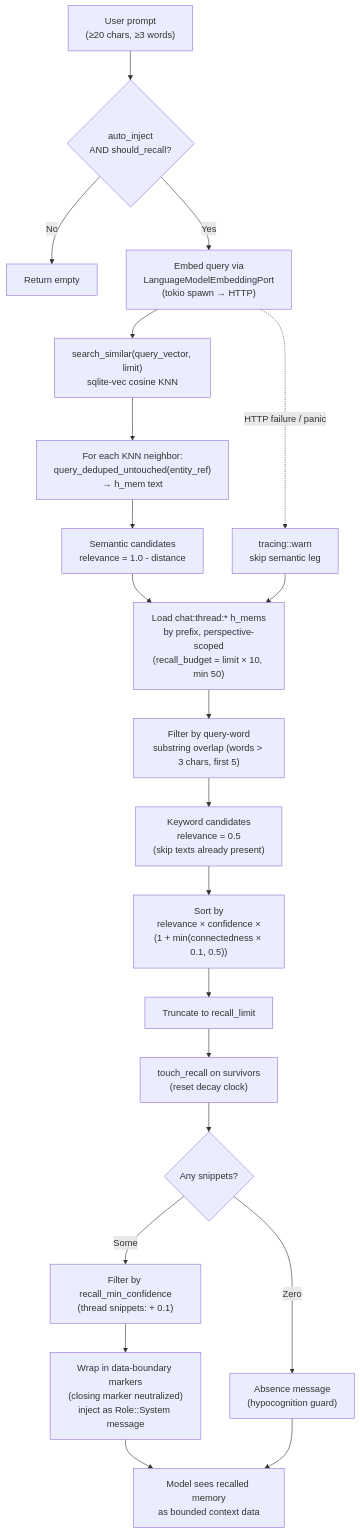
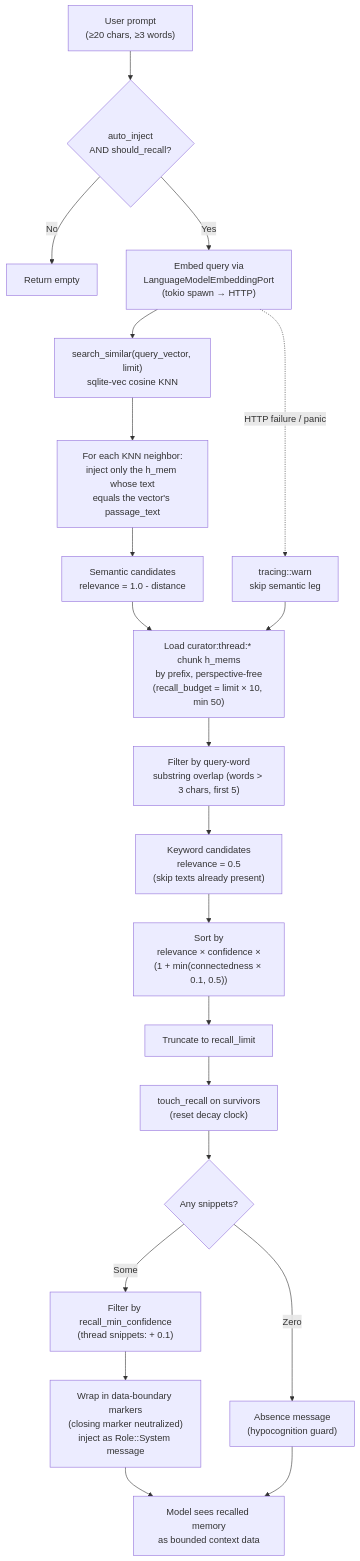
One commit to mdz-axo/zed-kask changed the fourth of 6 diagrams in kask/docs/architecture/memory-system-specification.md. Above: the diagram before and after it, drawn with Mermaid. The commit also changed other lines of this file and 22 other files, not shown here.

````diff
--- a/kask/docs/architecture/memory-system-specification.md
+++ b/kask/docs/architecture/memory-system-specification.md
@@ -452,26 +473,26 @@
 ```mermaid
 flowchart TD
     Prompt["User prompt<br/>(≥20 chars, ≥3 words)"] --> Gate{"auto_inject<br/>AND should_recall?"}
     Gate -- "No" --> Empty["Return empty"]
     Gate -- "Yes" --> Embed["Embed query via<br/>LanguageModelEmbeddingPort<br/>(tokio spawn → HTTP)"]
     Embed --> KNN["search_similar(query_vector, limit)<br/>sqlite-vec cosine KNN"]
-    KNN --> Join["For each KNN neighbor:<br/>query_deduped_untouched(entity_ref)<br/>→ h_mem text"]
+    KNN --> Join["For each KNN neighbor:<br/>inject only the h_mem whose text<br/>equals the vector's passage_text"]
     Join --> SemanticCandidates["Semantic candidates<br/>relevance = 1.0 - distance"]
 
-    SemanticCandidates --> LoadPrefix["Load chat:thread:* h_mems<br/>by prefix, perspective-scoped<br/>(recall_budget = limit × 10, min 50)"]
+    SemanticCandidates --> LoadPrefix["Load curator:thread:* chunk h_mems<br/>by prefix, perspective-free<br/>(recall_budget = limit × 10, min 50)"]
     LoadPrefix --> Keyword["Filter by query-word<br/>substring overlap (words > 3 chars, first 5)"]
     Keyword --> KeywordCandidates["Keyword candidates<br/>relevance = 0.5<br/>(skip texts already present)"]
 
     KeywordCandidates --> Sort["Sort by<br/>relevance × confidence ×<br/>(1 + min(connectedness × 0.1, 0.5))"]
     Sort --> Truncate["Truncate to recall_limit"]
     Truncate --> Touch["touch_recall on survivors<br/>(reset decay clock)"]
     Touch --> Result{"Any snippets?"}
     Result -- "Zero" --> Absence["Absence message<br/>(hypocognition guard)"]
     Result -- "Some" --> Filter["Filter by recall_min_confidence<br/>(thread snippets: + 0.1)"]
     Filter --> Inject["Wrap in data-boundary markers<br/>(closing marker neutralized)<br/>inject as Role::System message"]
     Inject --> Model["Model sees recalled memory<br/>as bounded context data"]
     Absence --> Model
 
     Embed -.->|"HTTP failure / panic"| EmbedFail["tracing::warn<br/>skip semantic leg"]
     EmbedFail --> LoadPrefix
 ```
````
